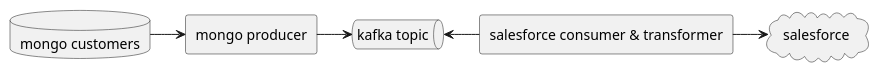
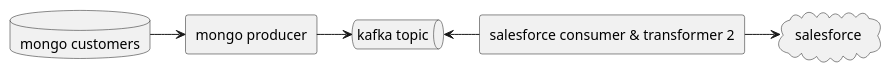
Before and after one commit to dspasojevic/plantuml-actions-test: the diagram in current_state_diagram.md, drawn with PlantUML.

````diff
--- a/current_state_diagram.md
+++ b/current_state_diagram.md
@@ -1,14 +1,14 @@
 ```plantuml:current-component
 @startuml
 database "mongo customers" as mc
 rectangle "mongo producer" as mp
 queue "kafka topic" as topic
-rectangle "salesforce consumer & transformer" as sc
+rectangle "salesforce consumer & transformer 2" as sc
 cloud "salesforce" as sf
 
 mc -right-> mp
 mp -right-> topic
 sc -left-> topic
 sc -right-> sf
 @enduml
 ```
````
